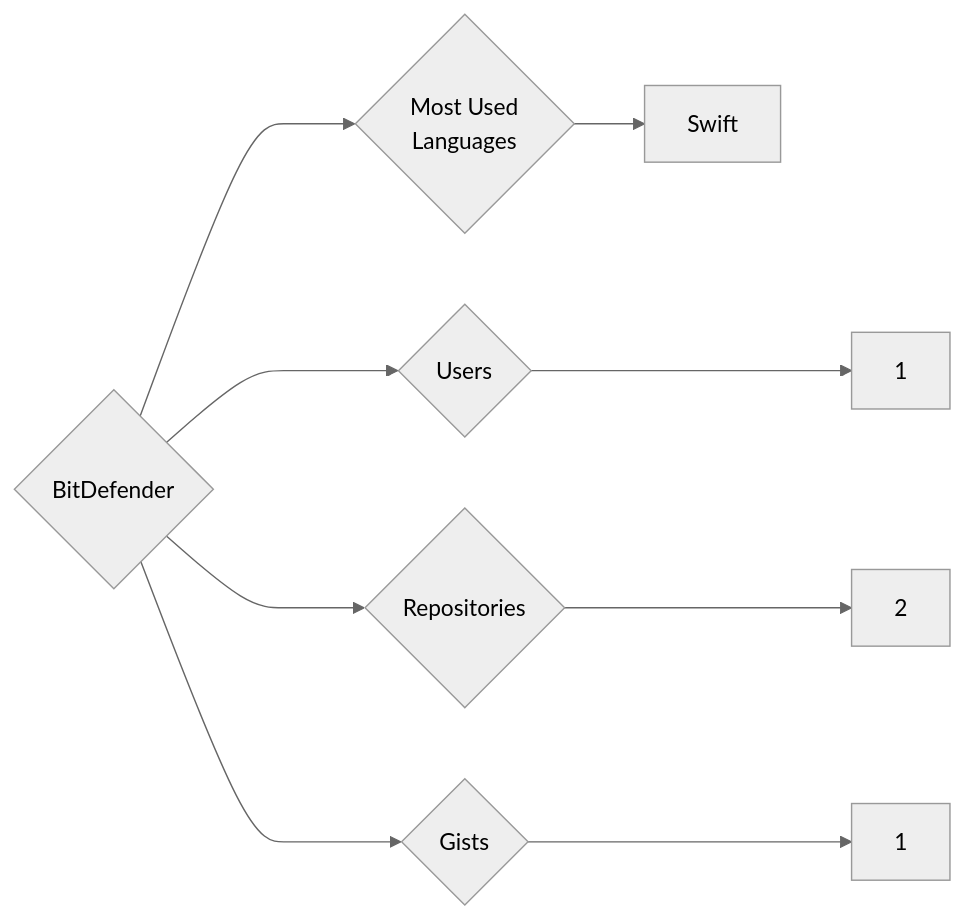
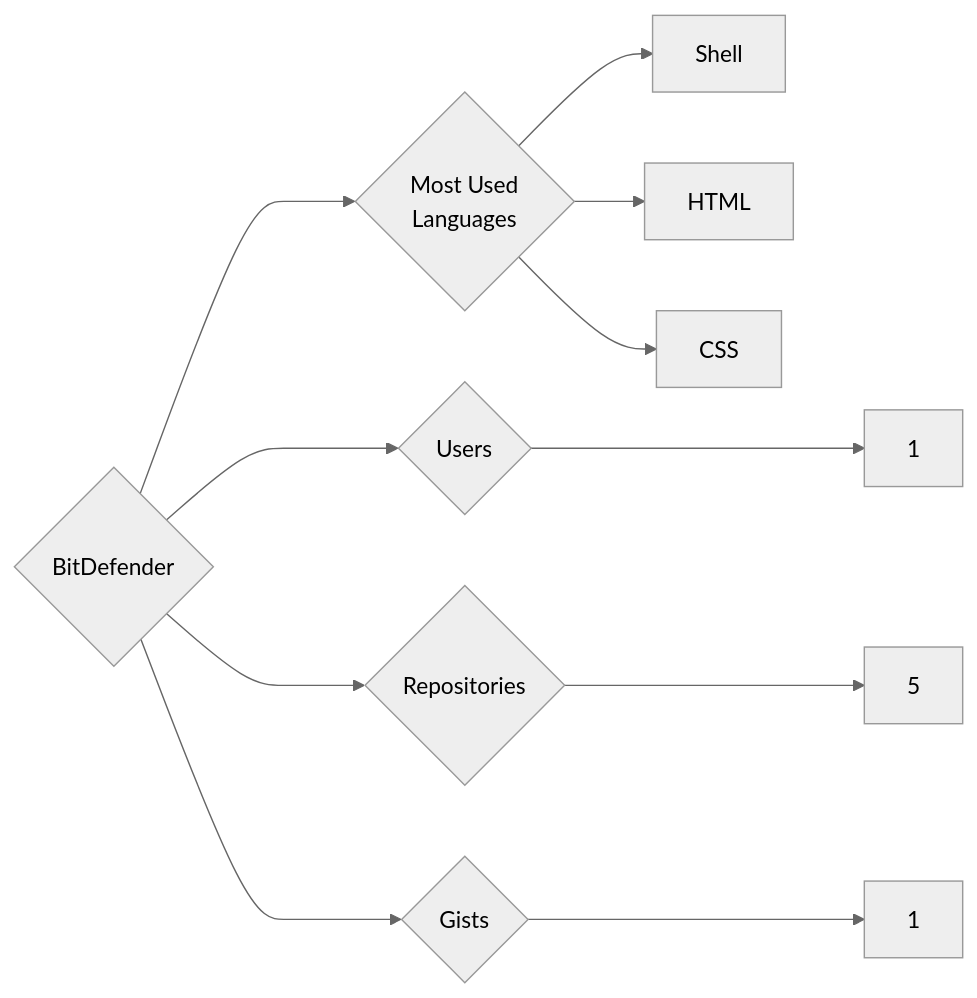
One commit to trickest/insiders changed the diagram in targets/BitDefender/README.md. Above: the diagram before and after it, drawn with Mermaid (neutral theme). The commit also changed 1030 other files, not shown here.

````diff
--- a/targets/BitDefender/README.md
+++ b/targets/BitDefender/README.md
@@ -3,9 +3,11 @@
 ```mermaid
 graph LR
 COMPANY_NAME{BitDefender}
 COMPANY_NAME ---> U{Users} ---> UN[1]
-COMPANY_NAME ---> R{Repositories} ---> RN[2]
+COMPANY_NAME ---> R{Repositories} ---> RN[5]
 COMPANY_NAME ---> G{Gists} ---> GN[1]
 COMPANY_NAME ---> ML{Most Used<br>Languages}
-ML --> Swift[Swift]
+ML --> Shell[Shell]
+ML --> HTML[HTML]
+ML --> CSS[CSS]
 ```
````
